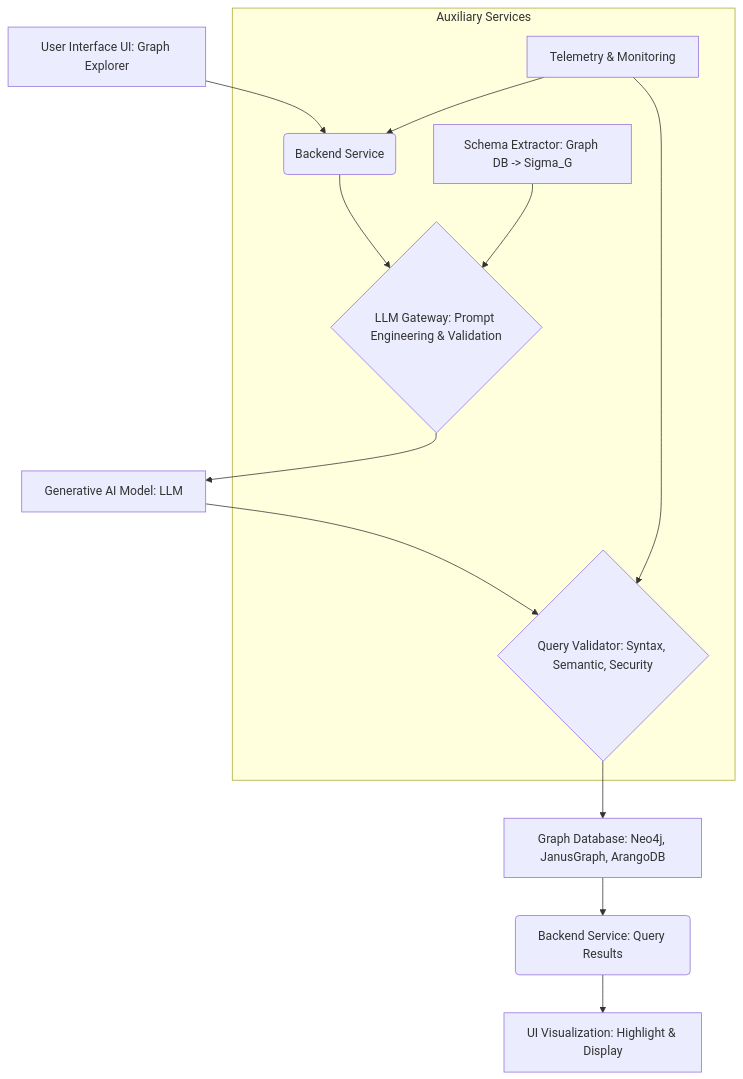
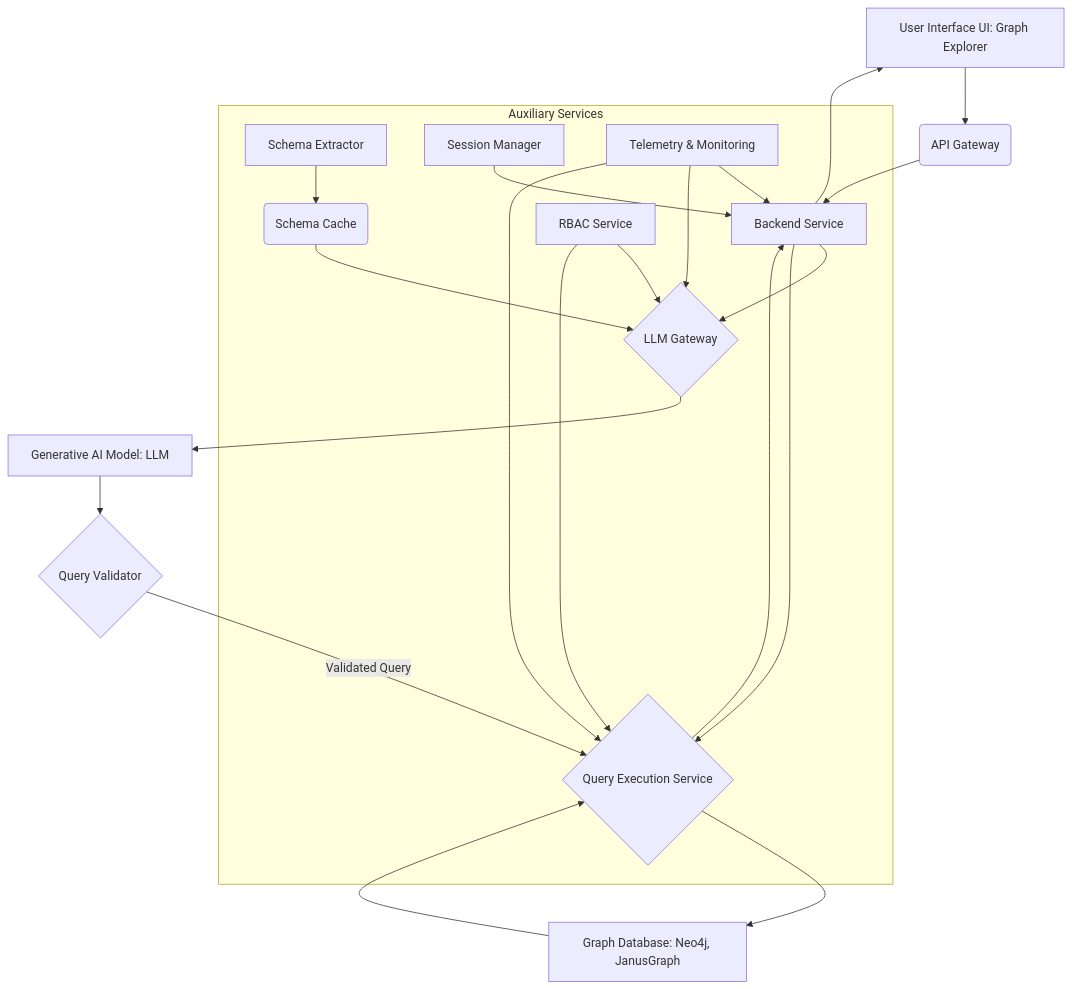
The fifth of 9 diagrams in inventions/049_semantic_graph_query_generation.md (diplomat-bit/Citibank_Demo_Business_Inc_Demonstration-), drawn with Mermaid before and after one commit. The commit also changed other lines of this file, not shown here.

Commit message:
[AI] Edit: inventions/049_semantic_graph_query_generation.md

````diff
--- a/inventions/049_semantic_graph_query_generation.md
+++ b/inventions/049_semantic_graph_query_generation.md
@@ -68,15 +164,25 @@
 ```mermaid
 graph TD
-    A[User Interface UI: Graph Explorer] --> B(Backend Service);
-    B --> C{LLM Gateway: Prompt Engineering & Validation};
-    C --> D[Generative AI Model: LLM];
-    D --> E{Query Validator: Syntax, Semantic, Security};
-    E --> F[Graph Database: Neo4j, JanusGraph, ArangoDB];
-    F --> G(Backend Service: Query Results);
-    G --> H[UI Visualization: Highlight & Display];
+    A[User Interface UI: Graph Explorer] --> B(API Gateway);
+    B --> C[Backend Service];
+    C --> D{LLM Gateway};
+    D --> E[Generative AI Model: LLM];
+    C --> F{Query Execution Service};
+    E --> G{Query Validator};
+    G -- Validated Query --> F;
+    F --> H[Graph Database: Neo4j, JanusGraph];
+    H --> F;
+    F --> C;
+    C --> A;
+
     subgraph Auxiliary Services
-        I[Schema Extractor: Graph DB -> Sigma_G] --> C;
-        J[Telemetry & Monitoring] --> B;
-        J --> E;
+        I[Schema Extractor] --> J(Schema Cache);
+        J --> D;
+        K[Session Manager] --> C;
+        L[Telemetry & Monitoring] --> C;
+        L --> D;
+        L --> F;
+        M[RBAC Service] --> D;
+        M --> F;
     end
 ```
````
